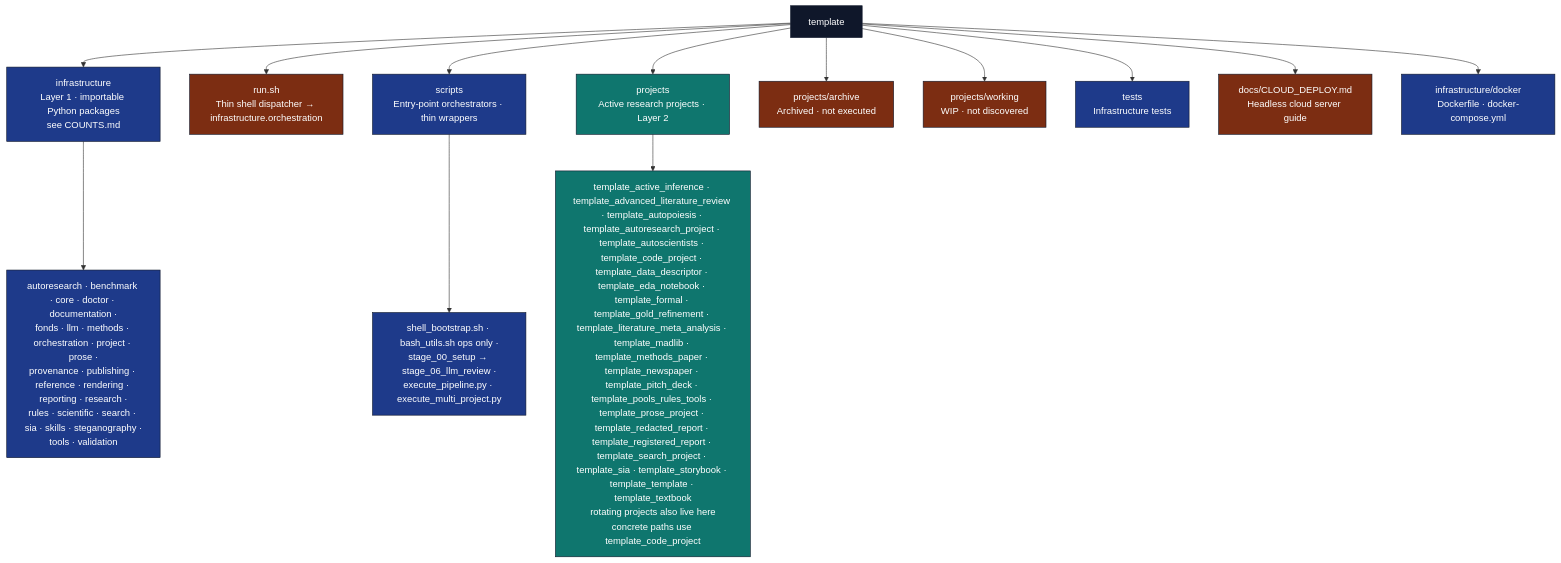
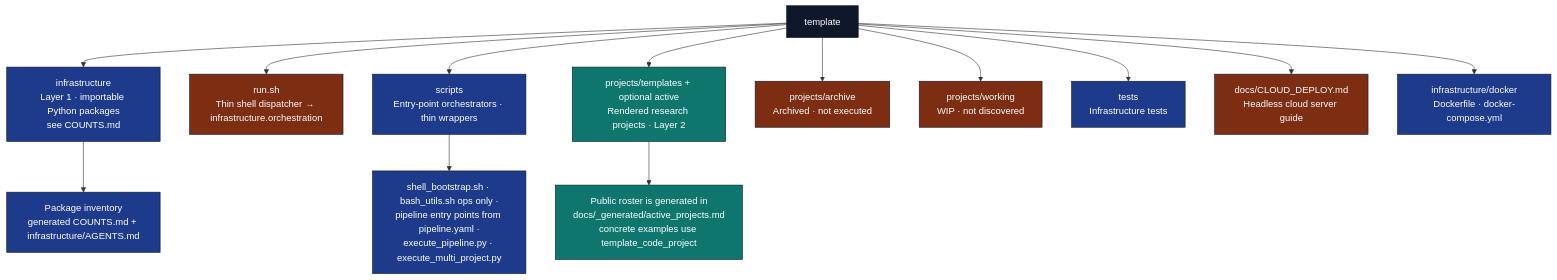
Before and after one commit to docxology/template: the diagram in docs/PAI.md, drawn with Mermaid. The commit also changed other lines of this file and 98 other files, not shown here.

First line of the commit message:
docs: add comprehensive review prompt and harden research guidance (#44)

````diff
--- a/docs/PAI.md
+++ b/docs/PAI.md
@@ -69,28 +69,28 @@
 ```mermaid
 flowchart TB
     ROOT[template]
     ROOT --> INFRA[infrastructure<br/>Layer 1 · importable Python packages<br/>see COUNTS.md]
     ROOT --> RUN[run.sh<br/>Thin shell dispatcher → infrastructure.orchestration]
     ROOT --> SCR[scripts<br/>Entry-point orchestrators · thin wrappers]
-    ROOT --> PROJ[projects<br/>Active research projects · Layer 2]
+    ROOT --> PROJ[projects/templates + optional active<br/>Rendered research projects · Layer 2]
     ROOT --> ARCH[projects/archive<br/>Archived · not executed]
     ROOT --> WIP[projects/working<br/>WIP · not discovered]
     ROOT --> T[tests<br/>Infrastructure tests]
     ROOT --> DOCS[docs/CLOUD_DEPLOY.md<br/>Headless cloud server guide]
     ROOT --> DOCKER[infrastructure/docker<br/>Dockerfile · docker-compose.yml]
 
-    INFRA --> INFRA_PKGS[autoresearch · benchmark · core · doctor · documentation ·<br/>fonds · llm · methods · orchestration · project · prose ·<br/>provenance · publishing · reference · rendering · reporting · research ·<br/>rules · scientific · search · sia · skills · steganography ·<br/>tools · validation]
+    INFRA --> INFRA_PKGS[Package inventory<br/>generated COUNTS.md + infrastructure/AGENTS.md]
 
-    SCR --> SCR_FILES[shell_bootstrap.sh · bash_utils.sh ops only ·<br/>stage_00_setup → stage_06_llm_review ·<br/>execute_pipeline.py · execute_multi_project.py]
+    SCR --> SCR_FILES[shell_bootstrap.sh · bash_utils.sh ops only ·<br/>pipeline entry points from pipeline.yaml ·<br/>execute_pipeline.py · execute_multi_project.py]
 
-    PROJ --> PROJ_F["template_active_inference · template_advanced_literature_review · template_autopoiesis · template_autoresearch_project · template_autoscientists · template_code_project · template_data_descriptor · template_eda_notebook · template_formal · template_gold_refinement · template_literature_meta_analysis · template_madlib · template_methods_paper · template_newspaper · template_pitch_deck · template_pools_rules_tools · template_prose_project · template_redacted_report · template_registered_report · template_search_project · template_sia · template_storybook · template_template · template_textbook<br/>rotating projects also live here<br/>concrete paths use template_code_project"]
+    PROJ --> PROJ_F["Public roster is generated in<br/>docs/_generated/active_projects.md<br/>concrete examples use template_code_project"]
 
     classDef root fill:#0f172a,stroke:#0f172a,color:#fff
     classDef l1 fill:#1e3a8a,stroke:#0f172a,color:#fff
     classDef l2 fill:#0f766e,stroke:#0f172a,color:#fff
     classDef gen fill:#7c2d12,stroke:#0f172a,color:#fff
     class ROOT root
     class INFRA,SCR,T,DOCKER,INFRA_PKGS,SCR_FILES l1
     class PROJ,PROJ_F l2
     class ARCH,WIP,DOCS,RUN gen
 ```
````
